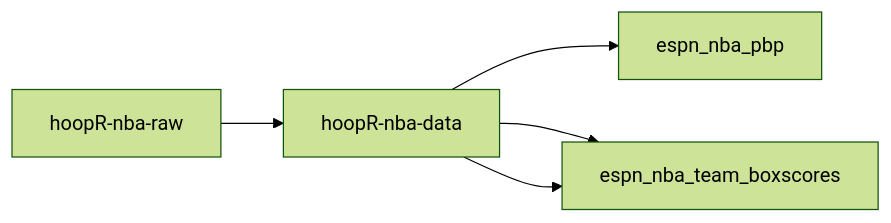
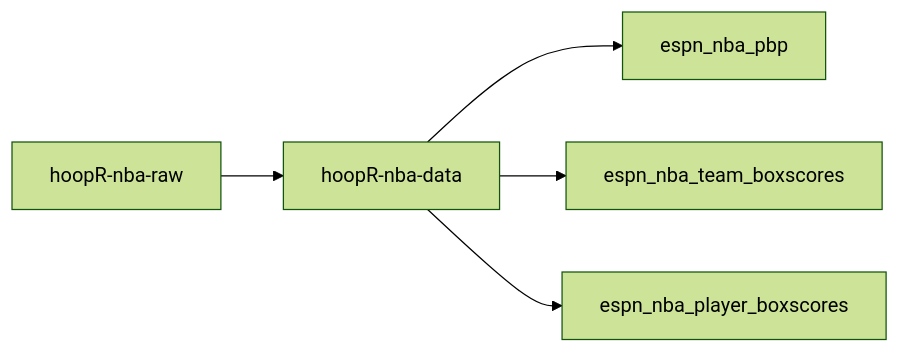
The first of 2 diagrams in README.md (sportsdataverse/hoopR-nba-raw), drawn with Mermaid (forest theme) before and after one commit. The commit also changed other lines of this file, not shown here.

Commit message:
second diagram

````diff
--- a/README.md
+++ b/README.md
@@ -3,8 +3,8 @@
 ```mermaid
   graph LR;
     A[hoopR-nba-raw]-->B[hoopR-nba-data];
     B[hoopR-nba-data]-->C1[espn_nba_pbp];
     B[hoopR-nba-data]-->C2[espn_nba_team_boxscores];
-    B[hoopR-nba-data]-->C2[espn_nba_team_boxscores];
+    B[hoopR-nba-data]-->C3[espn_nba_player_boxscores];
 
 ```
````
